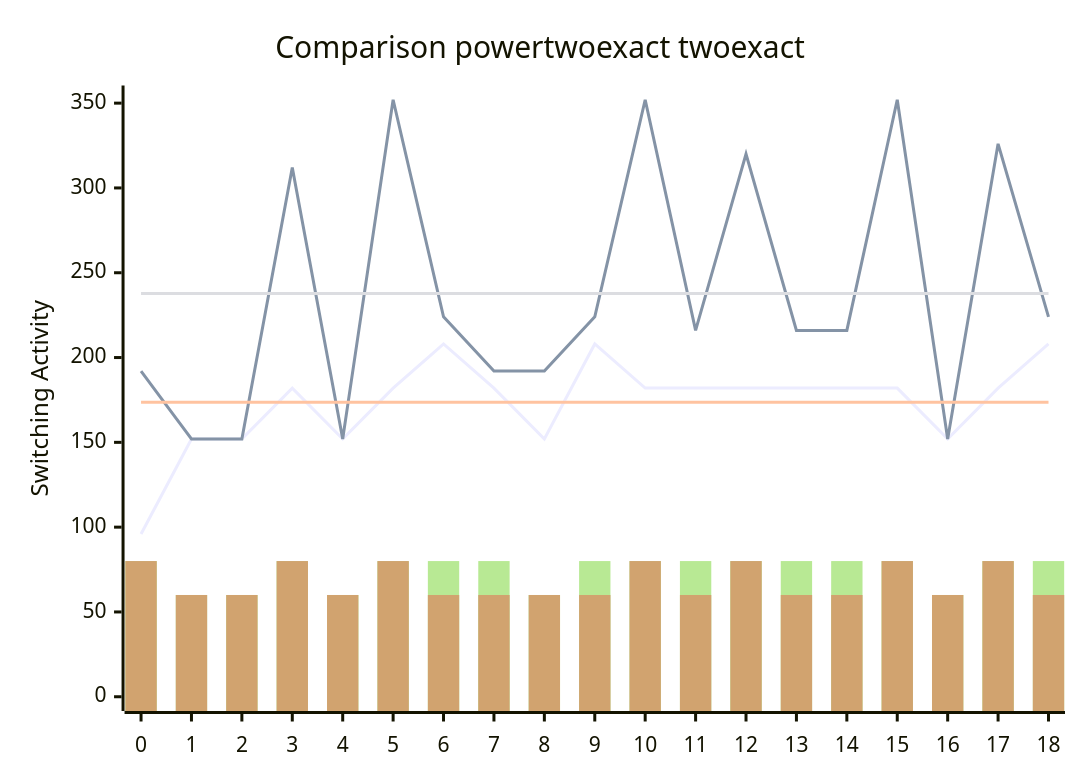
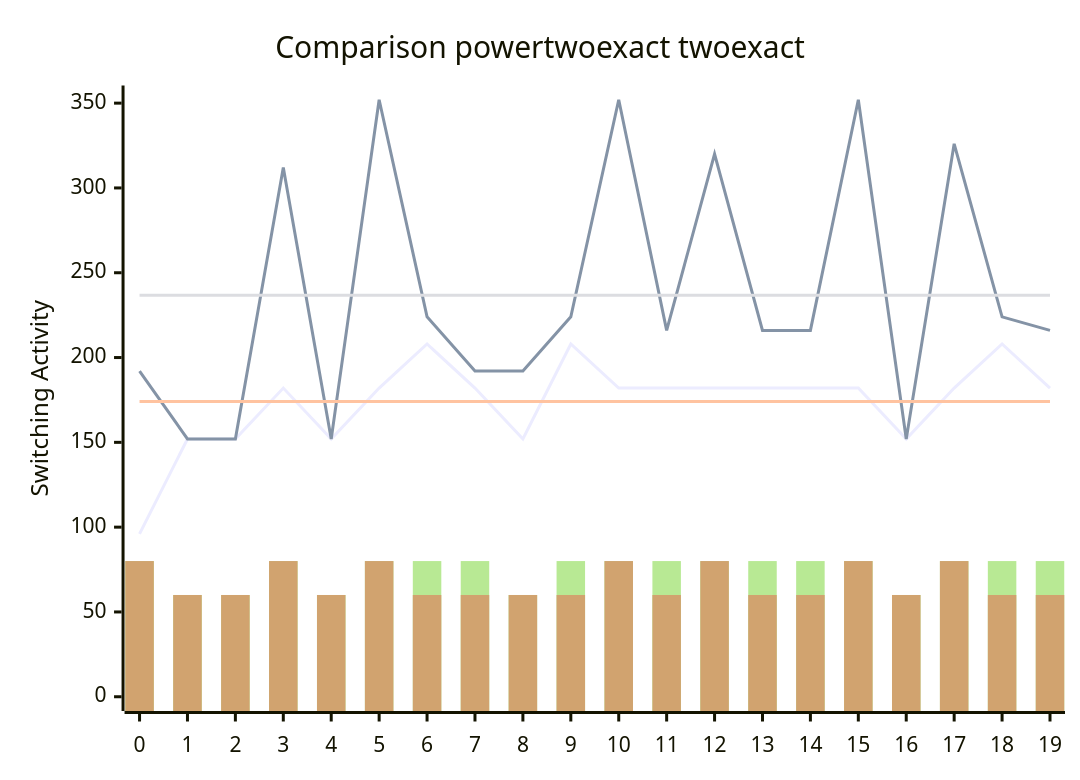
Before and after one commit to FeldmeierMichael/Exact-Power-Synthesis: the diagram in benchmark.md, drawn with Mermaid. The commit also changed other lines of this file and 2 other files, not shown here.

````diff
--- a/benchmark.md
+++ b/benchmark.md
@@ -39,12 +41,12 @@
 ```mermaid
 xychart-beta
     title "Comparison powertwoexact twoexact"
-    x-axis [0, 1, 2, 3, 4, 5, 6, 7, 8, 9, 10, 11, 12, 13, 14, 15, 16, 17, 18]
+    x-axis [0, 1, 2, 3, 4, 5, 6, 7, 8, 9, 10, 11, 12, 13, 14, 15, 16, 17, 18, 19]
     y-axis "Switching Activity" 0-->352
-    line [96, 152, 152, 182, 152, 182, 208, 182, 152, 208, 182, 182, 182, 182, 182, 182, 152, 182, 208]
-    line [192, 152, 152, 312, 152, 352, 224, 192, 192, 224, 352, 216, 320, 216, 216, 352, 152, 326, 224]
-    line [173.68421052631578, 173.68421052631578, 173.68421052631578, 173.68421052631578, 173.68421052631578, 173.68421052631578, 173.68421052631578, 173.68421052631578, 173.68421052631578, 173.68421052631578, 173.68421052631578, 173.68421052631578, 173.68421052631578, 173.68421052631578, 173.68421052631578, 173.68421052631578, 173.68421052631578, 173.68421052631578, 173.68421052631578]
-    line [237.78947368421052, 237.78947368421052, 237.78947368421052, 237.78947368421052, 237.78947368421052, 237.78947368421052, 237.78947368421052, 237.78947368421052, 237.78947368421052, 237.78947368421052, 237.78947368421052, 237.78947368421052, 237.78947368421052, 237.78947368421052, 237.78947368421052, 237.78947368421052, 237.78947368421052, 237.78947368421052, 237.78947368421052]
-    bar [80, 60, 60, 80, 60, 80, 80, 80, 60, 80, 80, 80, 80, 80, 80, 80, 60, 80, 80]
-    bar [80, 60, 60, 80, 60, 80, 60, 60, 60, 60, 80, 60, 80, 60, 60, 80, 60, 80, 60]
+    line [96, 152, 152, 182, 152, 182, 208, 182, 152, 208, 182, 182, 182, 182, 182, 182, 152, 182, 208, 182]
+    line [192, 152, 152, 312, 152, 352, 224, 192, 192, 224, 352, 216, 320, 216, 216, 352, 152, 326, 224, 216]
+    line [174.1, 174.1, 174.1, 174.1, 174.1, 174.1, 174.1, 174.1, 174.1, 174.1, 174.1, 174.1, 174.1, 174.1, 174.1, 174.1, 174.1, 174.1, 174.1, 174.1]
+    line [236.7, 236.7, 236.7, 236.7, 236.7, 236.7, 236.7, 236.7, 236.7, 236.7, 236.7, 236.7, 236.7, 236.7, 236.7, 236.7, 236.7, 236.7, 236.7, 236.7]
+    bar [80, 60, 60, 80, 60, 80, 80, 80, 60, 80, 80, 80, 80, 80, 80, 80, 60, 80, 80, 80]
+    bar [80, 60, 60, 80, 60, 80, 60, 60, 60, 60, 80, 60, 80, 60, 60, 80, 60, 80, 60, 60]
 ```
````
